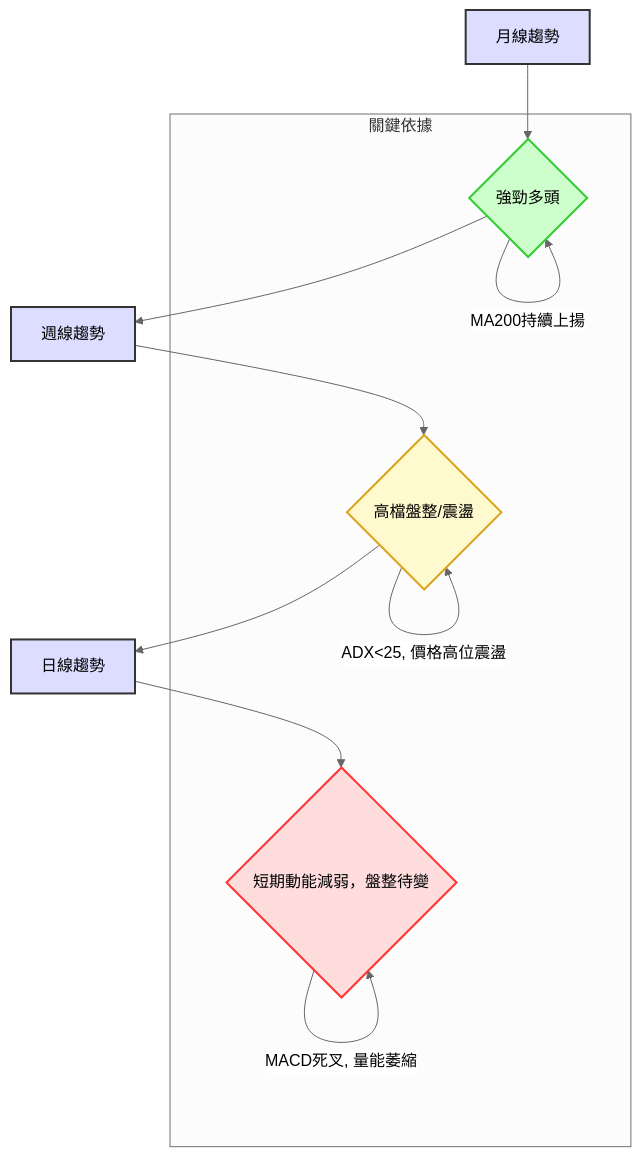
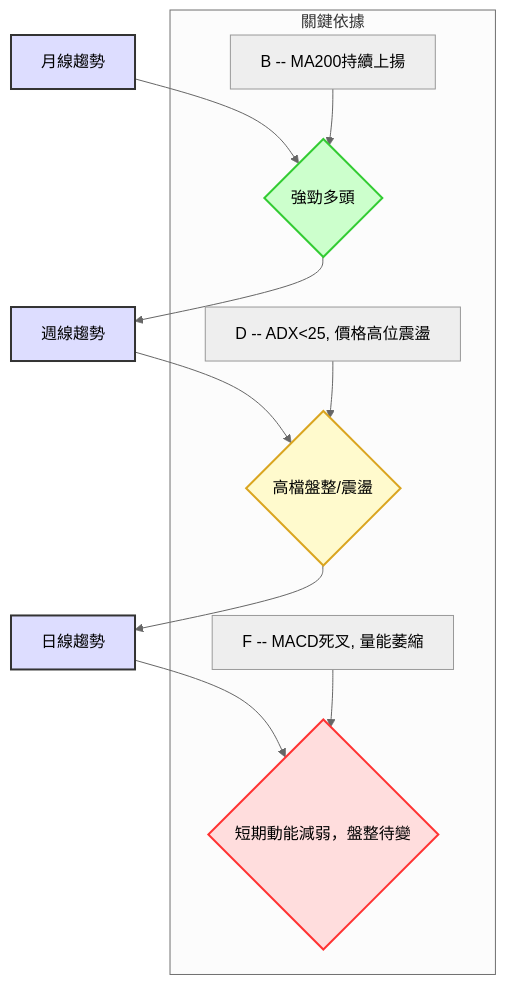
One commit to yennanliu/finance_data changed the second of 12 diagrams in ai_gen_report/stock/2330.tw/technical_analysis_2026-07-08_gemini.md. Above: the diagram before and after it, drawn with Mermaid (neutral theme). The commit also changed other lines of this file and 2258 other files, not shown here.

First line of the commit message:
chore: backfill Mermaid syntax repair across existing reports

````diff
--- a/ai_gen_report/stock/2330.tw/technical_analysis_2026-07-08_gemini.md
+++ b/ai_gen_report/stock/2330.tw/technical_analysis_2026-07-08_gemini.md
@@ -127,21 +127,21 @@
 ```mermaid
 graph TD
-    A[月線趨勢] --> B{強勁多頭}
-    B --> C[週線趨勢]
-    C --> D{高檔盤整/震盪}
-    D --> E[日線趨勢]
-    E --> F{短期動能減弱，盤整待變}
+    A["月線趨勢"] --> B{"強勁多頭"}
+    B --> C["週線趨勢"]
+    C --> D{"高檔盤整/震盪"}
+    D --> E["日線趨勢"]
+    E --> F{"短期動能減弱，盤整待變"}
 
     subgraph 關鍵依據
-        B -- MA200持續上揚 --> B
-        D -- ADX<25, 價格高位震盪 --> D
-        F -- MACD死叉, 量能萎縮 --> F
+        nb1["B -- MA200持續上揚"] --> B
+        nb2["D -- ADX<25, 價格高位震盪"] --> D
+        nb3["F -- MACD死叉, 量能萎縮"] --> F
     end
 
     style A fill:#DDF,stroke:#333,stroke-width:2px
     style B fill:#CFC,stroke:#3C3,stroke-width:2px
     style C fill:#DDF,stroke:#333,stroke-width:2px
     style D fill:#FFFACD,stroke:#DAA520,stroke-width:2px
     style E fill:#DDF,stroke:#333,stroke-width:2px
     style F fill:#FDD,stroke:#F33,stroke-width:2px
 ```
````
